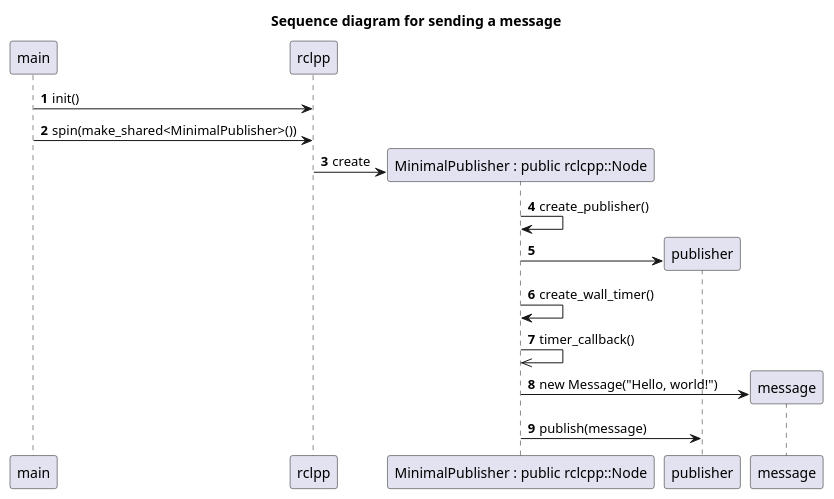
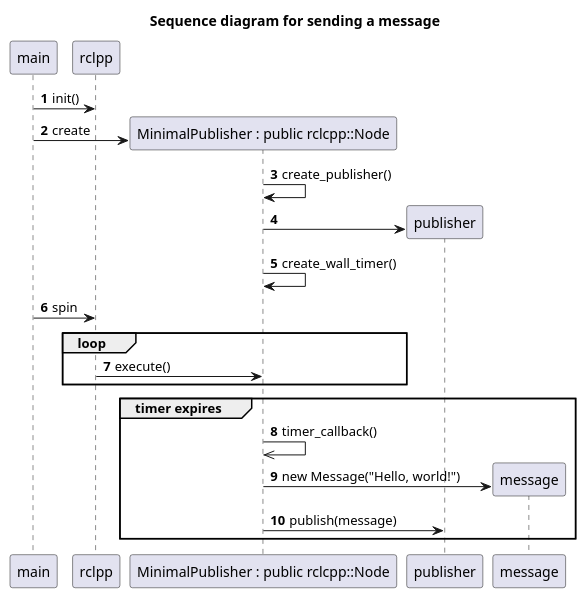
The diagram in ROS2/Ros2Sender.puml (hkutluca/yazilimmimarileri), drawn with PlantUML before and after one commit.

Commit message:
update chages

```diff
--- a/ROS2/Ros2Sender.puml
+++ b/ROS2/Ros2Sender.puml
@@ -1,21 +1,25 @@
 @startuml
 title Sequence diagram for sending a message
 participant main  as main
 participant "rclpp" as rcpp_p
 participant "MinimalPublisher : public rclcpp::Node" as node
 participant publisher
 autonumber 
 main->rcpp_p: init()
-main->rcpp_p :spin(make_shared<MinimalPublisher>())
 create node
-rcpp_p->node :create
+main-> node:create
 node->node: create_publisher()
 create publisher
 node->publisher:
 node->node: create_wall_timer()
+main->rcpp_p :spin
+loop
+rcpp_p->node:execute()
+end
+group timer expires
 node->>node: timer_callback()
 create message
 node->message : new Message("Hello, world!") 
 node->publisher:publish(message)
-
+end
 @enduml
```
